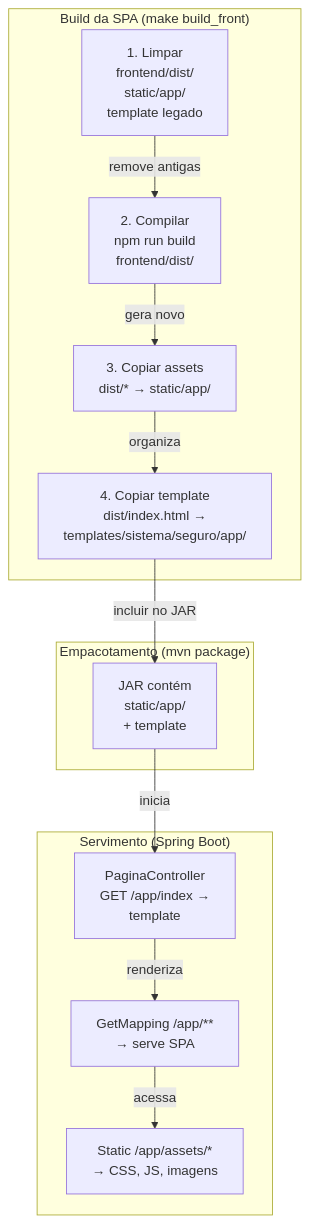
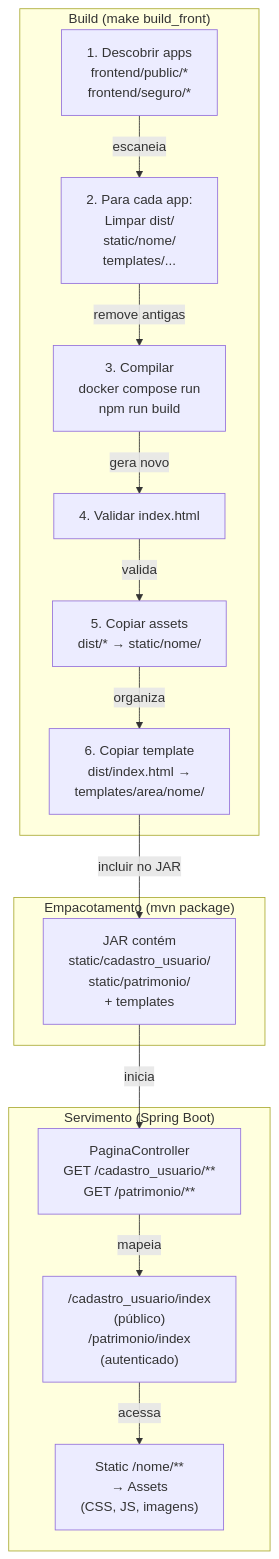
Before and after one commit to adielsantosaraujo/login_base: the diagram in docs/desenvolvimento/explicacoes/frontend-integrado-ao-backend.md, drawn with Mermaid. The commit also changed other lines of this file and 78 other files, not shown here.

Commit message:
adiciona estrutura inicial do frontend com Vue 3 e TypeScript, incluindo configuração de roteamento, componentes e testes; reorganiza o README.md para melhorar a legibilidade e estrutura do projeto

````diff
--- a/docs/desenvolvimento/explicacoes/frontend-integrado-ao-backend.md
+++ b/docs/desenvolvimento/explicacoes/frontend-integrado-ao-backend.md
@@ -31,29 +32,33 @@
 ```mermaid
 flowchart TD
-    subgraph Build["Build da SPA (make build_front)"]
-        A["1. Limpar<br/>frontend/dist/<br/>static/app/<br/>template legado"]
-        B["2. Compilar<br/>npm run build<br/>frontend/dist/"]
-        C["3. Copiar assets<br/>dist/* → static/app/"]
-        D["4. Copiar template<br/>dist/index.html →<br/>templates/sistema/seguro/app/"]
+    subgraph Build["Build (make build_front)"]
+        A["1. Descobrir apps<br/>frontend/public/*<br/>frontend/seguro/*"]
+        B["2. Para cada app:<br/>Limpar dist/<br/>static/nome/<br/>templates/..."]
+        C["3. Compilar<br/>docker compose run<br/>npm run build"]
+        D["4. Validar index.html"]
+        E["5. Copiar assets<br/>dist/* → static/nome/"]
+        F["6. Copiar template<br/>dist/index.html →<br/>templates/area/nome/"]
         
-        A -->|remove antigas| B
-        B -->|gera novo| C
-        C -->|organiza| D
+        A -->|escaneia| B
+        B -->|remove antigas| C
+        C -->|gera novo| D
+        D -->|valida| E
+        E -->|organiza| F
     end
     
     subgraph Empacotamento["Empacotamento (mvn package)"]
-        E["JAR contém<br/>static/app/<br/>+ template"]
+        G["JAR contém<br/>static/cadastro_usuario/<br/>static/patrimonio/<br/>+ templates"]
     end
     
     subgraph Runtime["Servimento (Spring Boot)"]
-        F["PaginaController<br/>GET /app/index →<br/>template"]
-        G["GetMapping /app/**<br/>→ serve SPA"]
-        H["Static /app/assets/*<br/>→ CSS, JS, imagens"]
+        H["PaginaController<br/>GET /cadastro_usuario/**<br/>GET /patrimonio/**"]
+        I["/cadastro_usuario/index<br/>(público)<br/>/patrimonio/index<br/>(autenticado)"]
+        J["Static /nome/**<br/>→ Assets<br/>(CSS, JS, imagens)"]
         
-        F -->|renderiza| G
-        G -->|acessa| H
+        H -->|mapeia| I
+        I -->|acessa| J
     end
     
-    D -->|incluir no JAR| E
-    E -->|inicia| F
+    F -->|incluir no JAR| G
+    G -->|inicia| H
 ```
````
